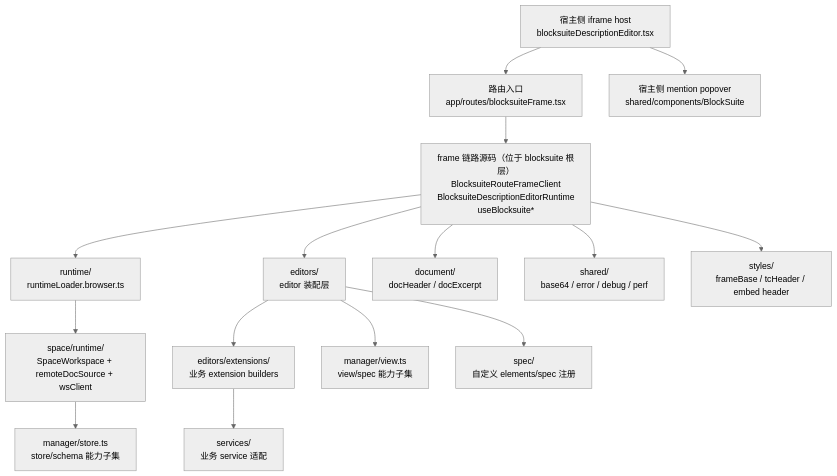
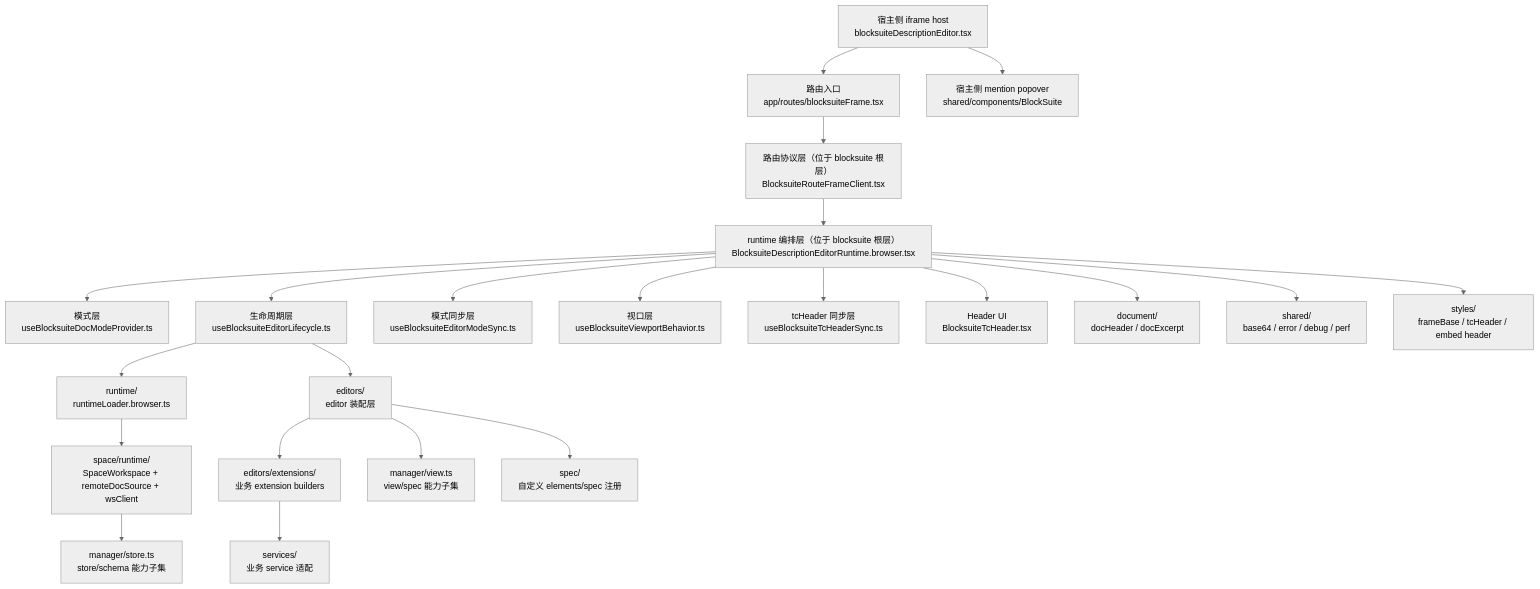
The first of 2 diagrams in app/components/chat/infra/blocksuite/doc/ARCHITECTURE-OVERVIEW.md (starrybamboo/tuan-chat-web), drawn with Mermaid (neutral theme) before and after one commit. The commit also changed other lines of this file, not shown here.

Commit message:
docs: refine blocksuite runtime overview layering

````diff
--- a/app/components/chat/infra/blocksuite/doc/ARCHITECTURE-OVERVIEW.md
+++ b/app/components/chat/infra/blocksuite/doc/ARCHITECTURE-OVERVIEW.md
@@ -11,17 +11,24 @@
 ```mermaid
 flowchart TD
     Host["宿主侧 iframe host<br/>blocksuiteDescriptionEditor.tsx"] --> Route["路由入口<br/>app/routes/blocksuiteFrame.tsx"]
-    Route --> Frame["frame 链路源码（位于 blocksuite 根层）<br/>BlocksuiteRouteFrameClient<br/>BlocksuiteDescriptionEditorRuntime<br/>useBlocksuite*"]
-    Frame --> Runtime["runtime/<br/>runtimeLoader.browser.ts"]
+    Route --> FrameRoute["路由协议层（位于 blocksuite 根层）<br/>BlocksuiteRouteFrameClient.tsx"]
+    FrameRoute --> RuntimeOrchestrator["runtime 编排层（位于 blocksuite 根层）<br/>BlocksuiteDescriptionEditorRuntime.browser.tsx"]
+    RuntimeOrchestrator --> ModeLayer["模式层<br/>useBlocksuiteDocModeProvider.ts"]
+    RuntimeOrchestrator --> LifecycleLayer["生命周期层<br/>useBlocksuiteEditorLifecycle.ts"]
+    RuntimeOrchestrator --> ModeSyncLayer["模式同步层<br/>useBlocksuiteEditorModeSync.ts"]
+    RuntimeOrchestrator --> ViewportLayer["视口层<br/>useBlocksuiteViewportBehavior.ts"]
+    RuntimeOrchestrator --> HeaderSyncLayer["tcHeader 同步层<br/>useBlocksuiteTcHeaderSync.ts"]
+    RuntimeOrchestrator --> HeaderUI["Header UI<br/>BlocksuiteTcHeader.tsx"]
+    LifecycleLayer --> Runtime["runtime/<br/>runtimeLoader.browser.ts"]
     Runtime --> SpaceRuntime["space/runtime/<br/>SpaceWorkspace + remoteDocSource + wsClient"]
-    Frame --> Editors["editors/<br/>editor 装配层"]
+    LifecycleLayer --> Editors["editors/<br/>editor 装配层"]
     Editors --> Extensions["editors/extensions/<br/>业务 extension builders"]
     Extensions --> Services["services/<br/>业务 service 适配"]
     Editors --> ManagerView["manager/view.ts<br/>view/spec 能力子集"]
     SpaceRuntime --> ManagerStore["manager/store.ts<br/>store/schema 能力子集"]
-    Frame --> Document["document/<br/>docHeader / docExcerpt"]
-    Frame --> Shared["shared/<br/>base64 / error / debug / perf"]
+    RuntimeOrchestrator --> Document["document/<br/>docHeader / docExcerpt"]
+    RuntimeOrchestrator --> Shared["shared/<br/>base64 / error / debug / perf"]
     Editors --> Spec["spec/<br/>自定义 elements/spec 注册"]
-    Frame --> Styles["styles/<br/>frameBase / tcHeader / embed header"]
+    RuntimeOrchestrator --> Styles["styles/<br/>frameBase / tcHeader / embed header"]
     Host --> Mention["宿主侧 mention popover<br/>shared/components/BlockSuite"]
 ```
````
